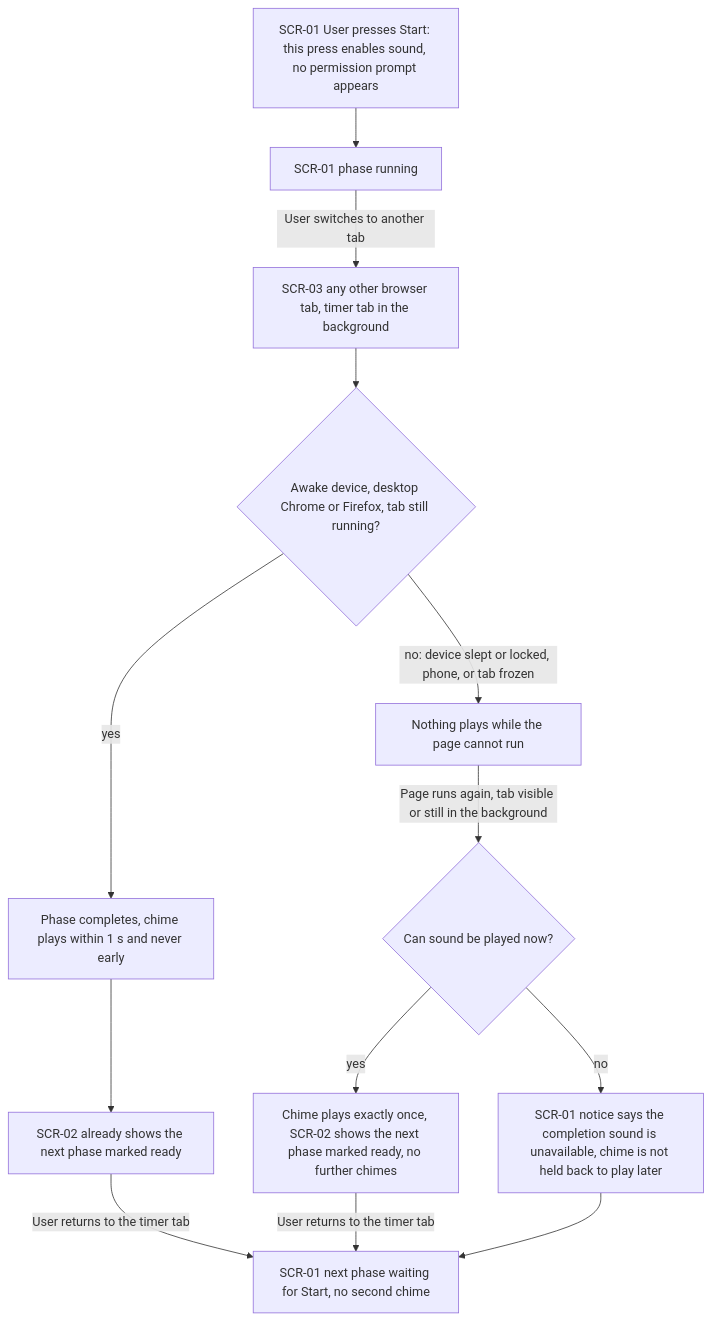
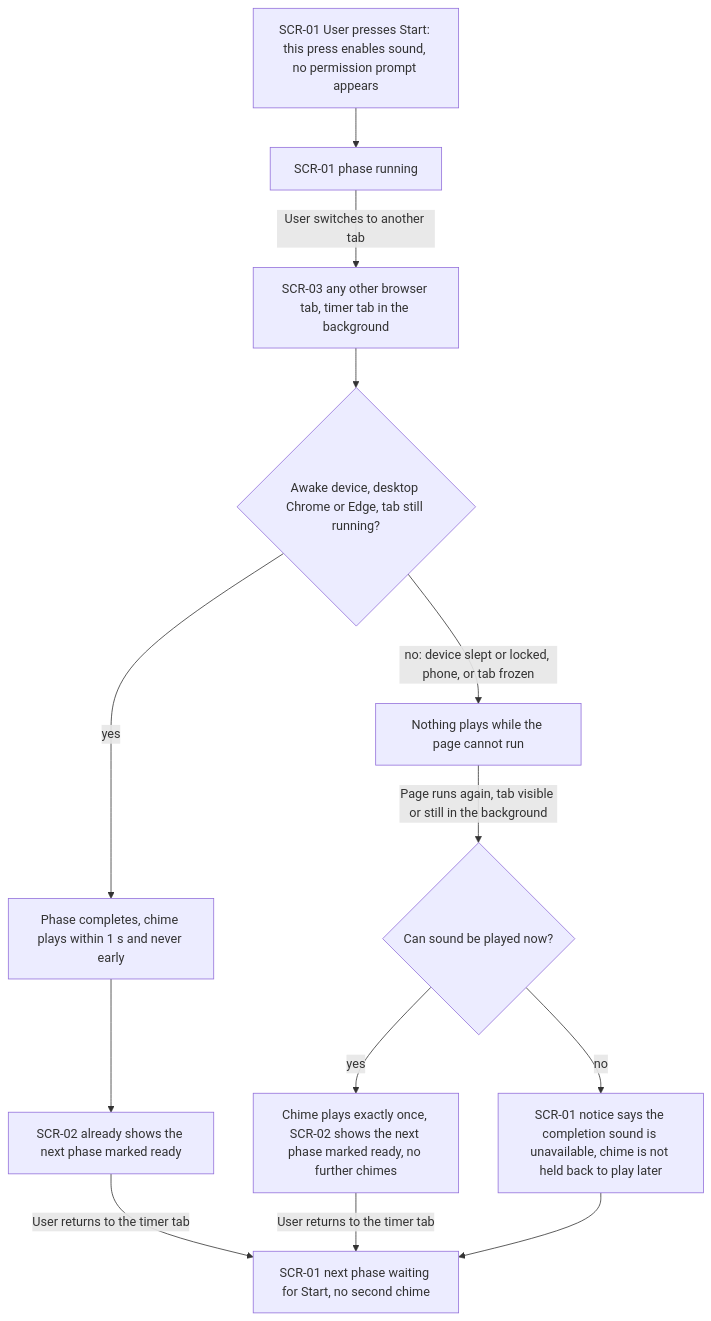
One commit to skush/pomodoro changed the fifth of 6 diagrams in docs/features/sensory-feedback/ux-flows.md. Above: the diagram before and after it, drawn with Mermaid. The commit also changed other lines of this file and 12 other files, not shown here.

First line of the commit message:
docs(sensory-feedback): exclude Firefox from the background timing promise, add roadmap step 6

````diff
--- a/docs/features/sensory-feedback/ux-flows.md
+++ b/docs/features/sensory-feedback/ux-flows.md
@@ -162,15 +162,15 @@
 ```mermaid
 flowchart TD
     A["SCR-01 User presses Start: this press enables sound, no permission prompt appears"] --> B["SCR-01 phase running"]
     B -->|"User switches to another tab"| C["SCR-03 any other browser tab, timer tab in the background"]
-    C --> D{"Awake device, desktop Chrome or Firefox, tab still running?"}
+    C --> D{"Awake device, desktop Chrome or Edge, tab still running?"}
     D -->|"yes"| E["Phase completes, chime plays within 1 s and never early"]
     E --> F["SCR-02 already shows the next phase marked ready"]
     F -->|"User returns to the timer tab"| K["SCR-01 next phase waiting for Start, no second chime"]
     D -->|"no: device slept or locked, phone, or tab frozen"| G["Nothing plays while the page cannot run"]
     G -->|"Page runs again, tab visible or still in the background"| H{"Can sound be played now?"}
     H -->|"yes"| I["Chime plays exactly once, SCR-02 shows the next phase marked ready, no further chimes"]
     H -->|"no"| J["SCR-01 notice says the completion sound is unavailable, chime is not held back to play later"]
     I -->|"User returns to the timer tab"| K
     J --> K
 ```
````
